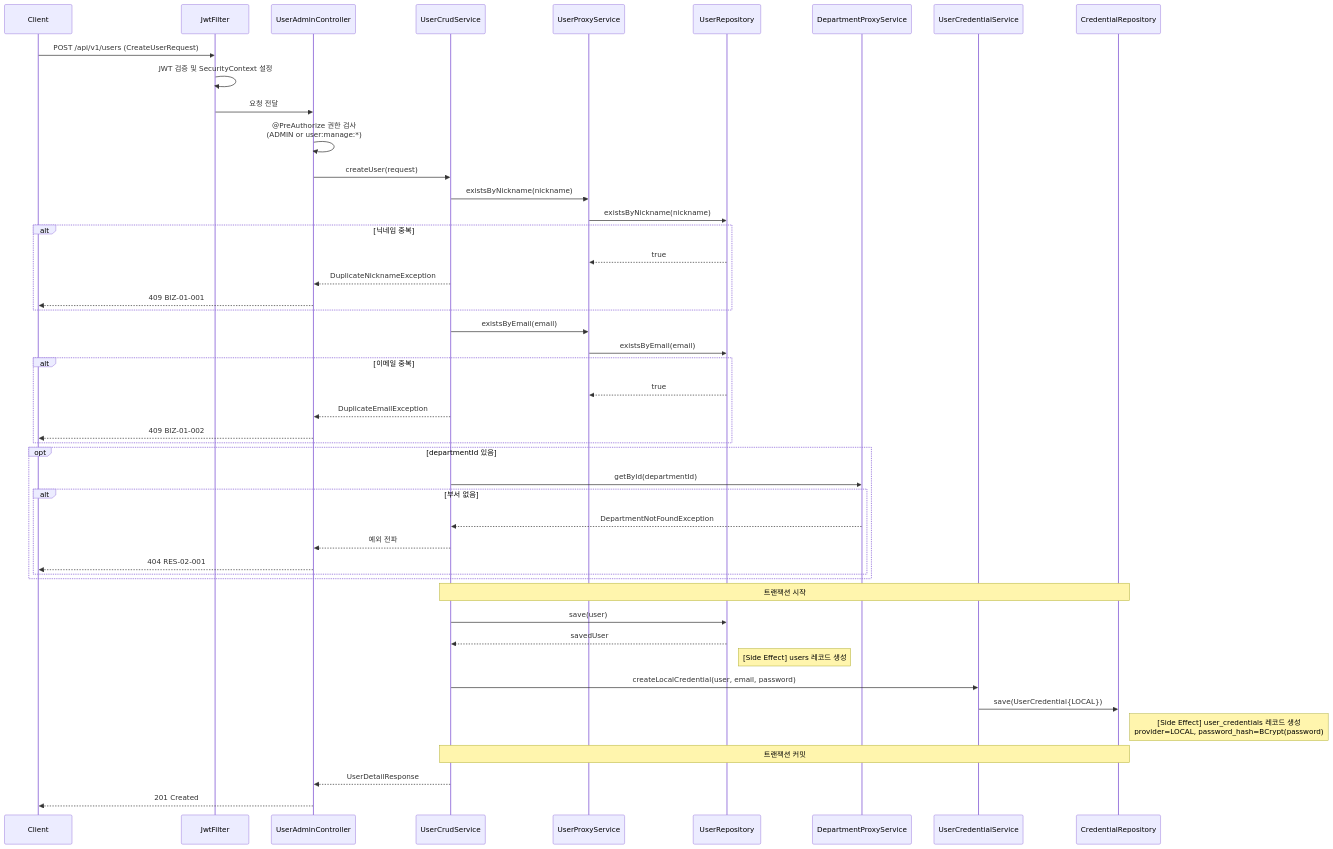
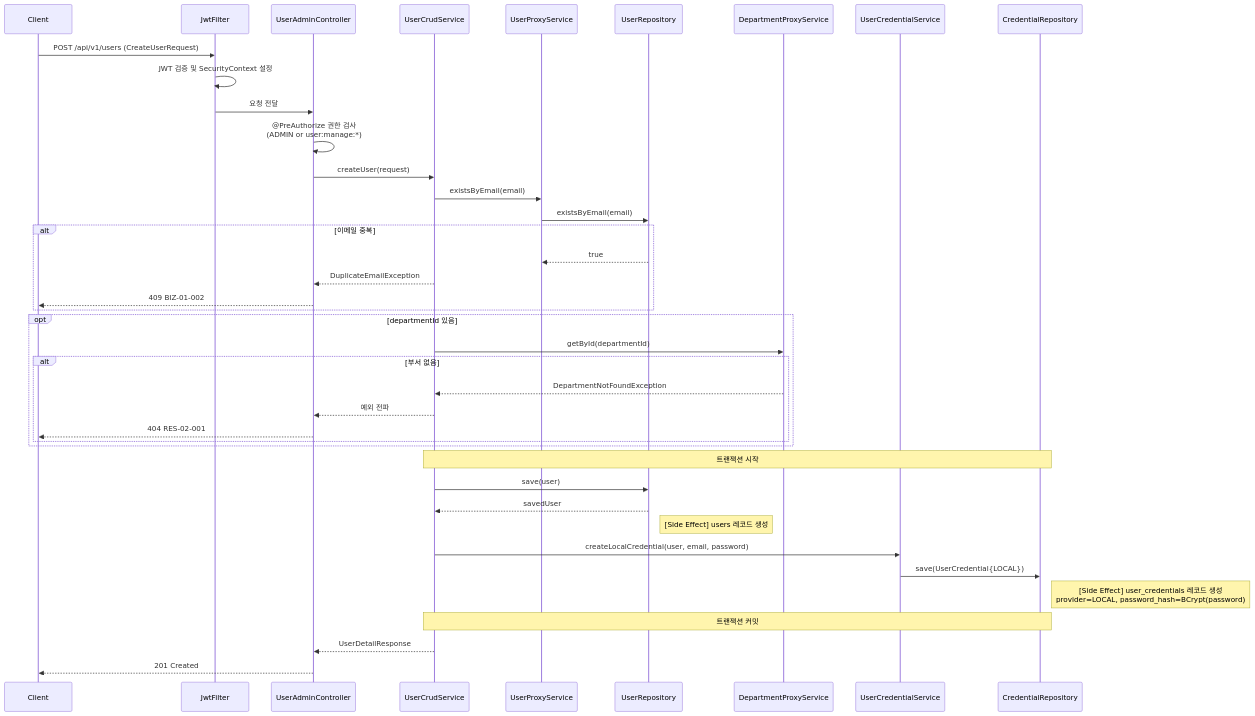
Before and after one commit to Geumjeongyahak/Backend: the third of 10 diagrams in docs/Domain/User/SequenceDiagram.md, drawn with Mermaid. The commit also changed other lines of this file and 68 other files, not shown here.

Commit message:
refactor(user): 사용자 닉네임 필드 제거

````diff
--- a/docs/Domain/User/SequenceDiagram.md
+++ b/docs/Domain/User/SequenceDiagram.md
@@ -71,56 +71,48 @@
 ```mermaid
 sequenceDiagram
     participant Client
     participant JwtFilter
     participant UserAdminController
     participant UserCrudService
     participant UserProxyService
     participant UserRepository
     participant DepartmentProxyService
     participant UserCredentialService
     participant CredentialRepository
 
     Client->>JwtFilter: POST /api/v1/users (CreateUserRequest)
     JwtFilter->>JwtFilter: JWT 검증 및 SecurityContext 설정
     JwtFilter->>UserAdminController: 요청 전달
     UserAdminController->>UserAdminController: @PreAuthorize 권한 검사<br/>(ADMIN or user:manage:*)
     UserAdminController->>UserCrudService: createUser(request)
-
-    UserCrudService->>UserProxyService: existsByNickname(nickname)
-    UserProxyService->>UserRepository: existsByNickname(nickname)
-    alt 닉네임 중복
-        UserRepository-->>UserProxyService: true
-        UserCrudService-->>UserAdminController: DuplicateNicknameException
-        UserAdminController-->>Client: 409 BIZ-01-001
-    end
 
     UserCrudService->>UserProxyService: existsByEmail(email)
     UserProxyService->>UserRepository: existsByEmail(email)
     alt 이메일 중복
         UserRepository-->>UserProxyService: true
         UserCrudService-->>UserAdminController: DuplicateEmailException
         UserAdminController-->>Client: 409 BIZ-01-002
     end
 
     opt departmentId 있음
         UserCrudService->>DepartmentProxyService: getById(departmentId)
         alt 부서 없음
             DepartmentProxyService-->>UserCrudService: DepartmentNotFoundException
             UserCrudService-->>UserAdminController: 예외 전파
             UserAdminController-->>Client: 404 RES-02-001
         end
     end
 
     Note over UserCrudService,CredentialRepository: 트랜잭션 시작
     UserCrudService->>UserRepository: save(user)
     UserRepository-->>UserCrudService: savedUser
     Note right of UserRepository: [Side Effect] users 레코드 생성
 
     UserCrudService->>UserCredentialService: createLocalCredential(user, email, password)
     UserCredentialService->>CredentialRepository: save(UserCredential{LOCAL})
     Note right of CredentialRepository: [Side Effect] user_credentials 레코드 생성<br/>provider=LOCAL, password_hash=BCrypt(password)
     Note over UserCrudService,CredentialRepository: 트랜잭션 커밋
 
     UserCrudService-->>UserAdminController: UserDetailResponse
     UserAdminController-->>Client: 201 Created
 ```
````
